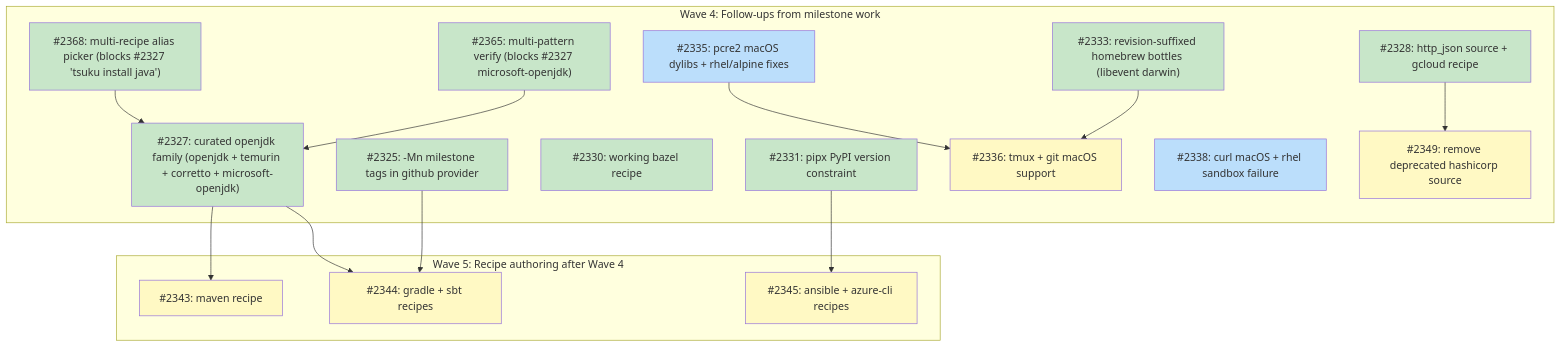
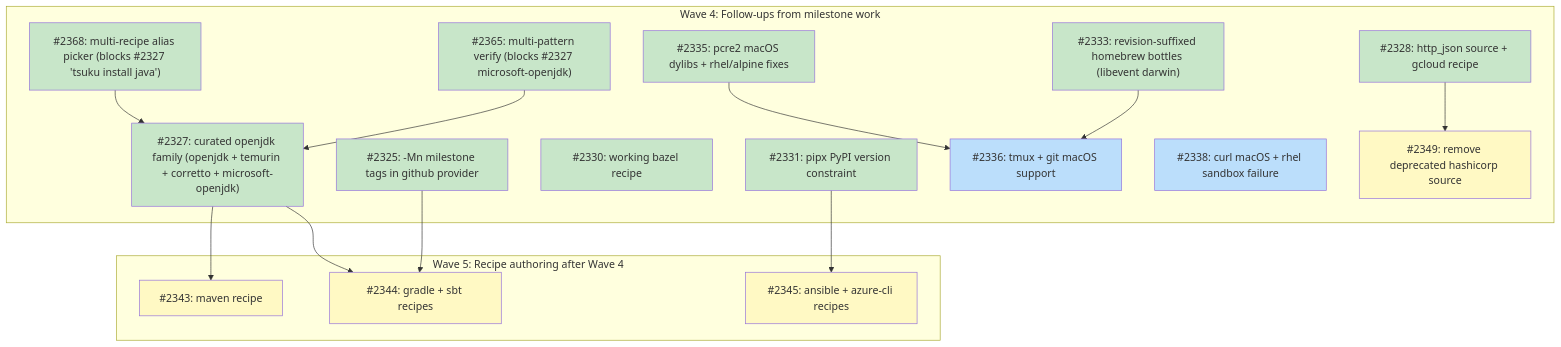
Before and after one commit to tsukumogami/tsuku: the diagram in docs/plans/PLAN-curated-recipes.md, drawn with Mermaid. The commit also changed other lines of this file, not shown here.

Commit message:
docs(plan): mark #2335 done in curated-recipes plan
The pcre2 recipe ships in this PR with uniform Linux source build (static
linking) and macOS bottle install. All five linux families pass sandbox
locally; both macOS architectures eval cleanly. Strike through the issue
table row, reclassify I2335 as done in the dependency graph, and move
I2336 (git darwin) from blocked to ready since both its dependencies
(#2333 libevent darwin, #2335 pcre2 darwin) are now done.

````diff
--- a/docs/plans/PLAN-curated-recipes.md
+++ b/docs/plans/PLAN-curated-recipes.md
@@ -144,48 +144,48 @@
 ```mermaid
 graph TD
     subgraph wave4 ["Wave 4: Follow-ups from milestone work"]
         I2325["#2325: -Mn milestone tags in github provider"]
         I2327["#2327: curated openjdk family (openjdk + temurin + corretto + microsoft-openjdk)"]
         I2328["#2328: http_json source + gcloud recipe"]
         I2330["#2330: working bazel recipe"]
         I2331["#2331: pipx PyPI version constraint"]
         I2333["#2333: revision-suffixed homebrew bottles (libevent darwin)"]
         I2335["#2335: pcre2 macOS dylibs + rhel/alpine fixes"]
         I2336["#2336: tmux + git macOS support"]
         I2338["#2338: curl macOS + rhel sandbox failure"]
         I2349["#2349: remove deprecated hashicorp source"]
         I2365["#2365: multi-pattern verify (blocks #2327 microsoft-openjdk)"]
         I2368["#2368: multi-recipe alias picker (blocks #2327 'tsuku install java')"]
     end
 
     subgraph wave5 ["Wave 5: Recipe authoring after Wave 4"]
         I2343["#2343: maven recipe"]
         I2344["#2344: gradle + sbt recipes"]
         I2345["#2345: ansible + azure-cli recipes"]
     end
 
     I2333 --> I2336
     I2335 --> I2336
 
     I2365 --> I2327
     I2368 --> I2327
     I2327 --> I2343
     I2325 --> I2344
     I2327 --> I2344
     I2331 --> I2345
     I2328 --> I2349
 
     classDef done fill:#c8e6c9
     classDef ready fill:#bbdefb
     classDef blocked fill:#fff9c4
     classDef needsDesign fill:#e1bee7
     classDef needsPrd fill:#b3e5fc
     classDef needsSpike fill:#ffcdd2
     classDef needsDecision fill:#d1c4e9
     classDef tracksDesign fill:#FFE0B2,stroke:#F57C00,color:#000
     classDef tracksPlan fill:#FFE0B2,stroke:#F57C00,color:#000
 
-    class I2325,I2327,I2328,I2330,I2331,I2333,I2365,I2368 done
-    class I2335,I2338 ready
-    class I2336,I2343,I2344,I2345,I2349 blocked
+    class I2325,I2327,I2328,I2330,I2331,I2333,I2335,I2365,I2368 done
+    class I2336,I2338 ready
+    class I2343,I2344,I2345,I2349 blocked
 ```
````
